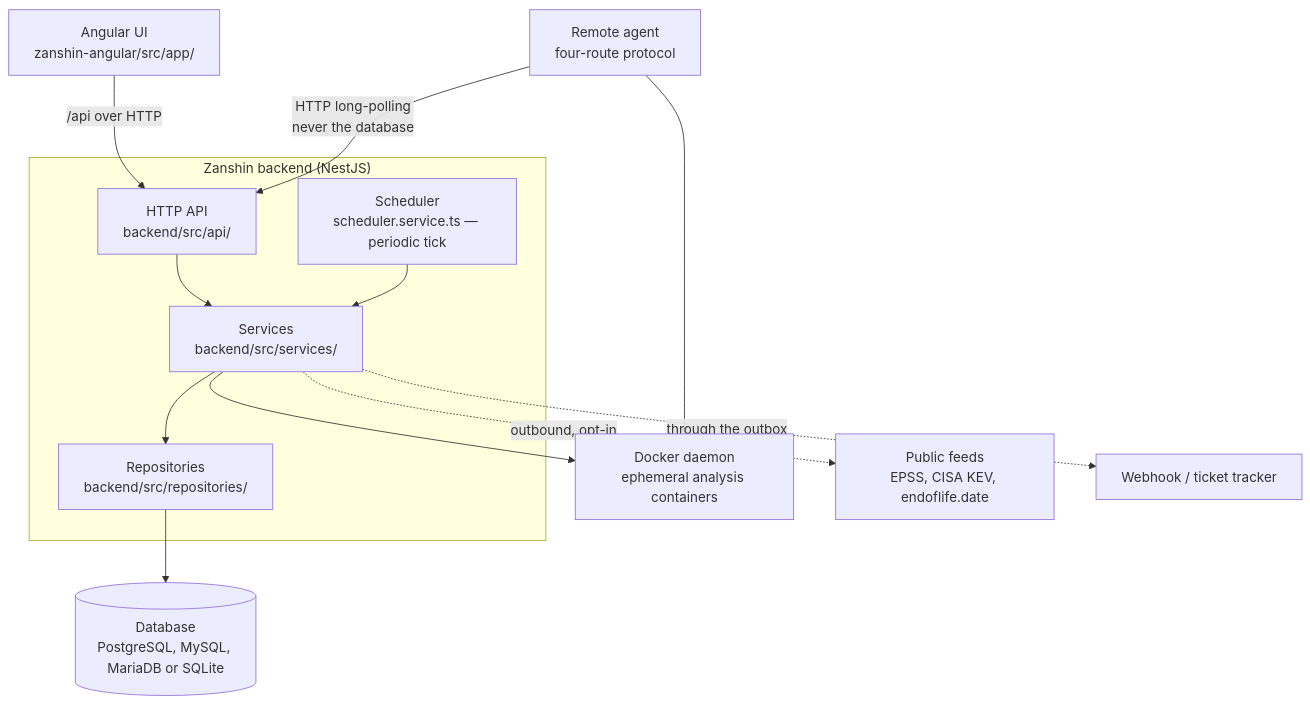
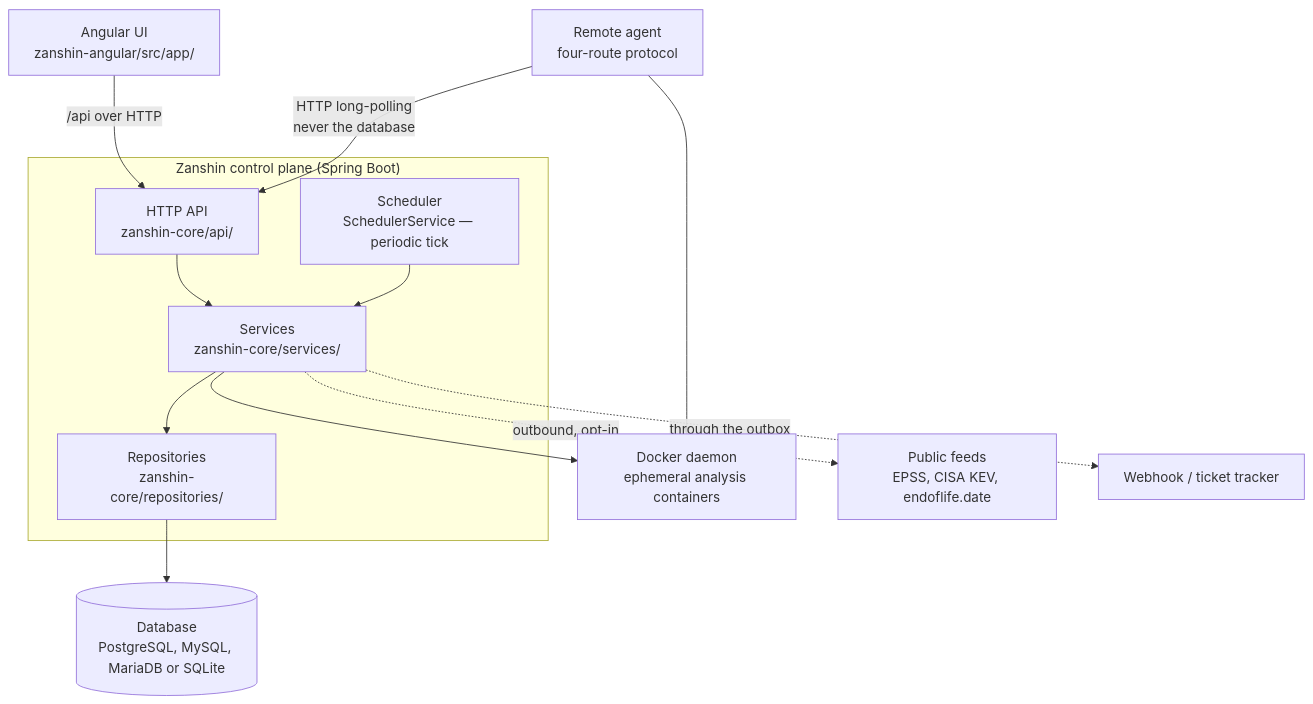
The first of 2 diagrams in docs/architecture/01-overview.md (asmolabs/vectispire), drawn with Mermaid before and after one commit. The commit also changed other lines of this file and 269 other files, not shown here.

````diff
--- a/docs/architecture/01-overview.md
+++ b/docs/architecture/01-overview.md
@@ -38,27 +38,27 @@
 ```mermaid
 flowchart TB
-    subgraph proc["Zanshin backend (NestJS)"]
-        API["HTTP API<br/>backend/src/api/"]
-        SVC["Services<br/>backend/src/services/"]
-        REPO["Repositories<br/>backend/src/repositories/"]
-        SCHED["Scheduler<br/>scheduler.service.ts — periodic tick"]
+    subgraph proc["Zanshin control plane (Spring Boot)"]
+        API["HTTP API<br/>zanshin-core/api/"]
+        SVC["Services<br/>zanshin-core/services/"]
+        REPO["Repositories<br/>zanshin-core/repositories/"]
+        SCHED["Scheduler<br/>SchedulerService — periodic tick"]
     end
 
     UI["Angular UI<br/>zanshin-angular/src/app/"]
     DB[("Database<br/>PostgreSQL, MySQL, MariaDB or SQLite")]
     DOCKER["Docker daemon<br/>ephemeral analysis containers"]
     AGENT["Remote agent<br/>four-route protocol"]
     FEEDS["Public feeds<br/>EPSS, CISA KEV, endoflife.date"]
     HOOK["Webhook / ticket tracker"]
 
     UI -->|"/api over HTTP"| API
     API --> SVC
     SCHED --> SVC
     SVC --> REPO
     REPO --> DB
     SVC --> DOCKER
     SVC -.->|"outbound, opt-in"| FEEDS
     SVC -.->|"through the outbox"| HOOK
     AGENT -->|"HTTP long-polling<br/>never the database"| API
     AGENT --> DOCKER
 ```
````
